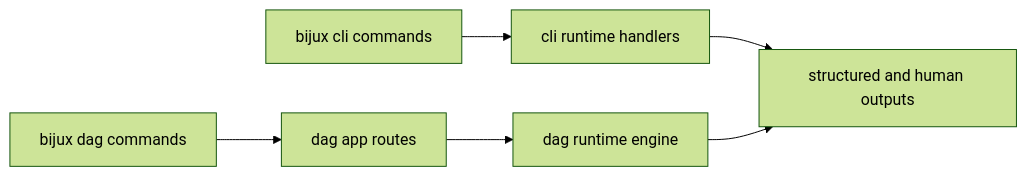
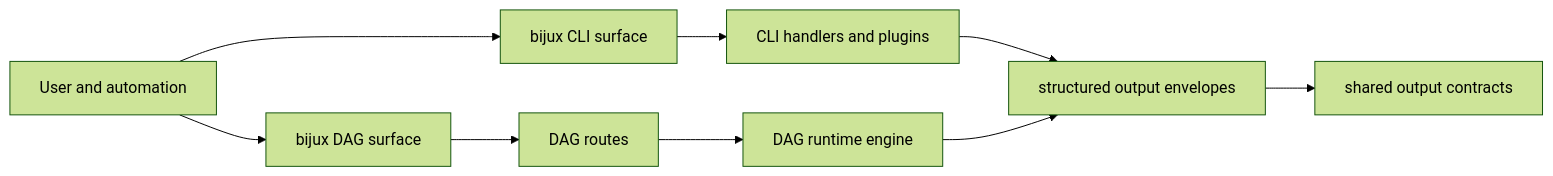
Before and after one commit to bijux/bijux-cli: the diagram in docs/bijux-core/architecture/runtime-surfaces.md, drawn with Mermaid (forest theme).

Commit message:
docs(bijux-core): tighten runtime surface diagram around shared output contracts

````diff
--- a/docs/bijux-core/architecture/runtime-surfaces.md
+++ b/docs/bijux-core/architecture/runtime-surfaces.md
@@ -17,8 +17,11 @@
 ```mermaid
 flowchart LR
-    root_cli[bijux cli commands] --> cli_runtime[cli runtime handlers]
-    dag_cli[bijux dag commands] --> dag_routes[dag app routes]
-    dag_routes --> dag_runtime[dag runtime engine]
-    cli_runtime --> outputs[structured and human outputs]
-    dag_runtime --> outputs
+    user[User and automation] --> cli[bijux CLI surface]
+    user --> dag[bijux DAG surface]
+    cli --> handlers[CLI handlers and plugins]
+    dag --> routes[DAG routes]
+    routes --> engine[DAG runtime engine]
+    handlers --> envelopes[structured output envelopes]
+    engine --> envelopes
+    envelopes --> contracts[shared output contracts]
 ```
````
